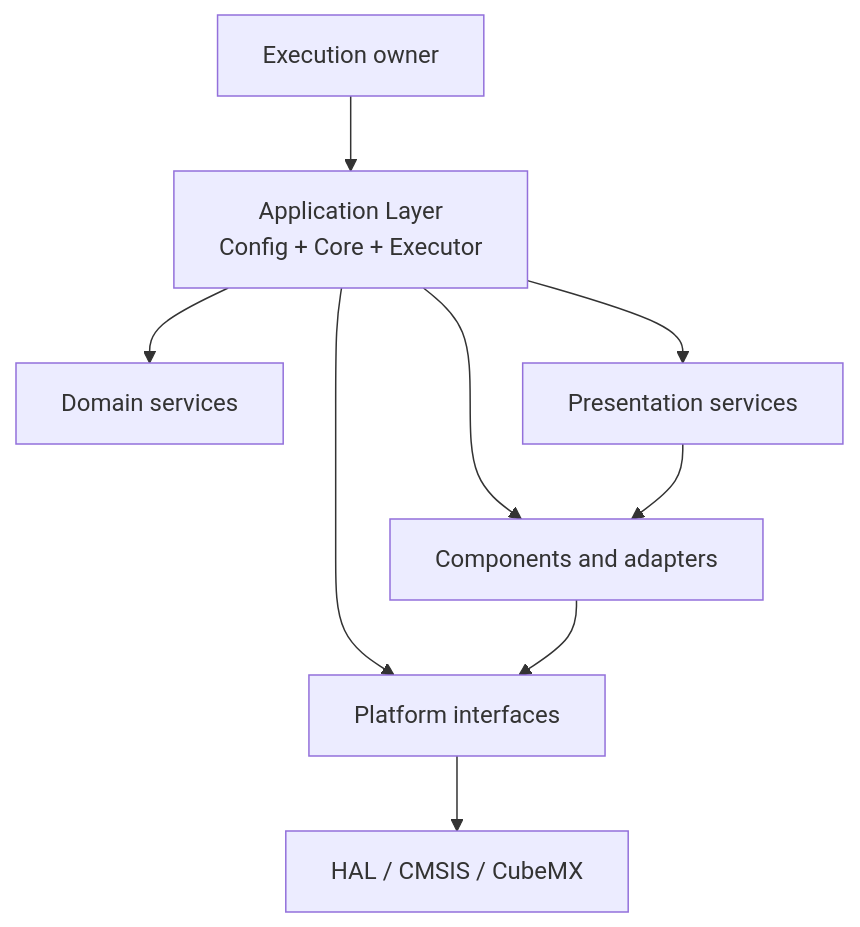
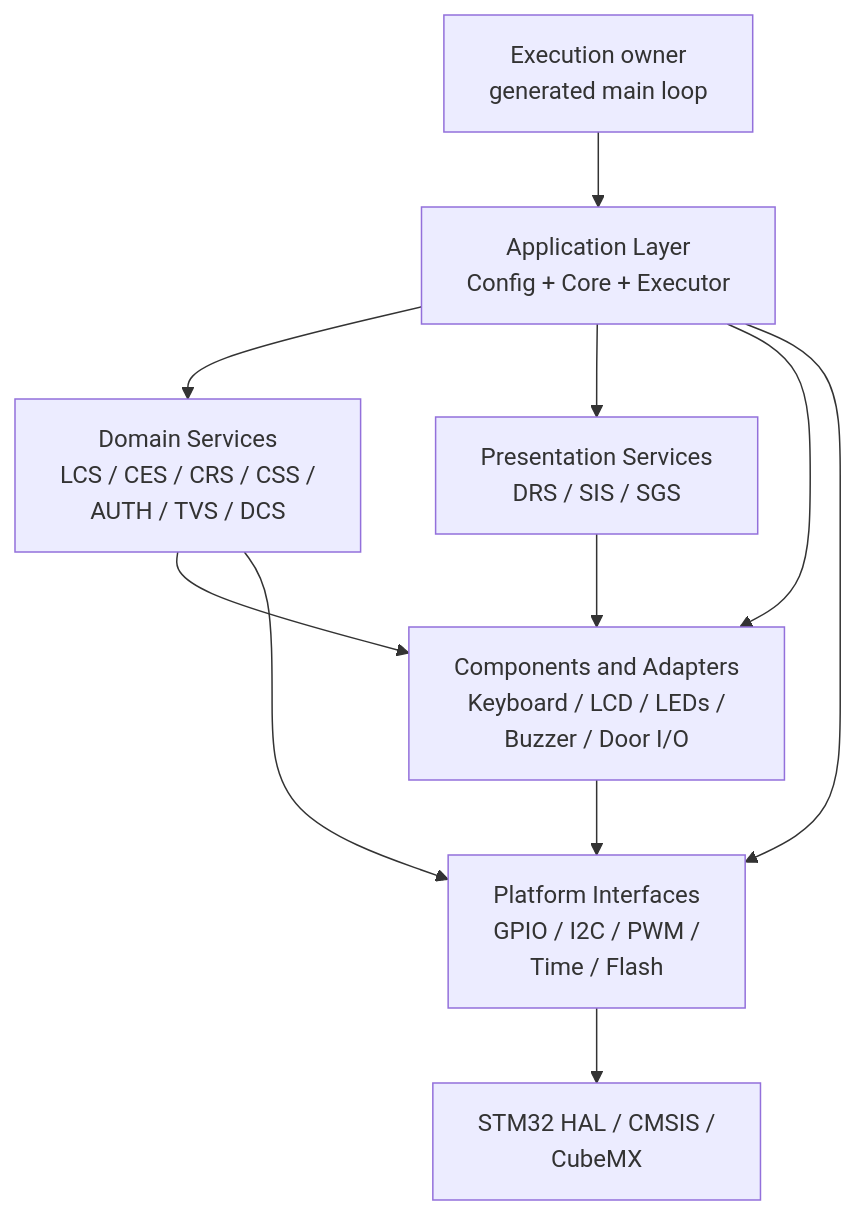
Before and after one commit to JP-REY/STM32F103C8T6-Based-Electronic-Lock: the first of 3 diagrams in README.md, drawn with Mermaid. The commit also changed other lines of this file and 1 other file, not shown here.

````diff
--- a/README.md
+++ b/README.md
@@ -180,19 +219,21 @@
-~~~mermaid
+```mermaid
 flowchart TB
-    MAIN["Execution owner"]
+    MAIN["Execution owner<br/>generated main loop"]
     APP["Application Layer<br/>Config + Core + Executor"]
-    DOMAIN["Domain services"]
-    UI["Presentation services"]
-    COMPONENTS["Components and adapters"]
-    PLATFORM["Platform interfaces"]
-    HAL["HAL / CMSIS / CubeMX"]
+    DOMAIN["Domain Services<br/>LCS / CES / CRS / CSS / <br/>AUTH / TVS / DCS"]
+    UI["Presentation Services<br/>DRS / SIS / SGS"]
+    COMPONENTS["Components and Adapters<br/>Keyboard / LCD / LEDs /<br/> Buzzer / Door I/O"]
+    PLATFORM["Platform Interfaces<br/>GPIO / I2C / PWM / <br/>Time / Flash"]
+    HAL["STM32 HAL / CMSIS / <br/>CubeMX"]
 
     MAIN --> APP
     APP --> DOMAIN
     APP --> UI
     APP --> COMPONENTS
     APP --> PLATFORM
     UI --> COMPONENTS
+    DOMAIN --> COMPONENTS
+    DOMAIN --> PLATFORM
     COMPONENTS --> PLATFORM
     PLATFORM --> HAL
-~~~
+```
````
